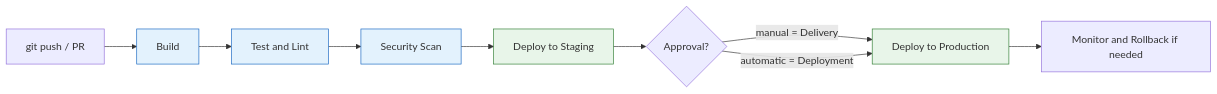
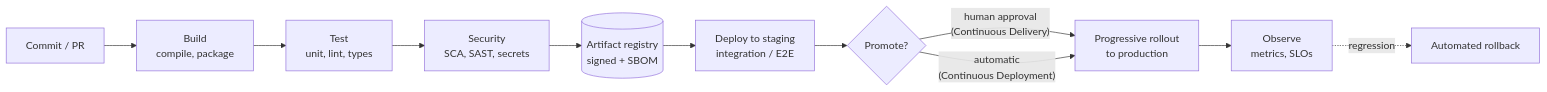
One commit to AndrewAltimit/Documentation changed the diagram in github-pages/docs/technology/ci-cd/index.md. Above: the diagram before and after it, drawn with Mermaid. The commit also changed other lines of this file and 240 other files, not shown here.

````diff
--- a/github-pages/docs/technology/ci-cd/index.md
+++ b/github-pages/docs/technology/ci-cd/index.md
@@ -32,16 +35,13 @@
 ```mermaid
 flowchart LR
-    COMMIT["git push / PR"] --> BUILD["Build"]
-    BUILD --> TEST["Test and Lint"]
-    TEST --> SCAN["Security Scan"]
-    SCAN --> STAGE["Deploy to Staging"]
-    STAGE --> GATE{"Approval?"}
-    GATE -->|manual = Delivery| PROD["Deploy to Production"]
-    GATE -->|automatic = Deployment| PROD
-    PROD --> MON["Monitor and Rollback if needed"]
-    style BUILD fill:#e3f2fd,stroke:#1565c0
-    style TEST fill:#e3f2fd,stroke:#1565c0
-    style SCAN fill:#e3f2fd,stroke:#1565c0
-    style STAGE fill:#e8f5e9,stroke:#2e7d32
-    style PROD fill:#e8f5e9,stroke:#2e7d32
+    COMMIT["Commit / PR"] --> BUILD["Build<br/>compile, package"]
+    BUILD --> TEST["Test<br/>unit, lint, types"]
+    TEST --> SCAN["Security<br/>SCA, SAST, secrets"]
+    SCAN --> ART[("Artifact registry<br/>signed + SBOM")]
+    ART --> STAGE["Deploy to staging<br/>integration / E2E"]
+    STAGE --> GATE{"Promote?"}
+    GATE -->|"human approval<br/>(Continuous Delivery)"| PROD["Progressive rollout<br/>to production"]
+    GATE -->|"automatic<br/>(Continuous Deployment)"| PROD
+    PROD --> OBS["Observe<br/>metrics, SLOs"]
+    OBS -.->|"regression"| RB["Automated rollback"]
 ```
````
